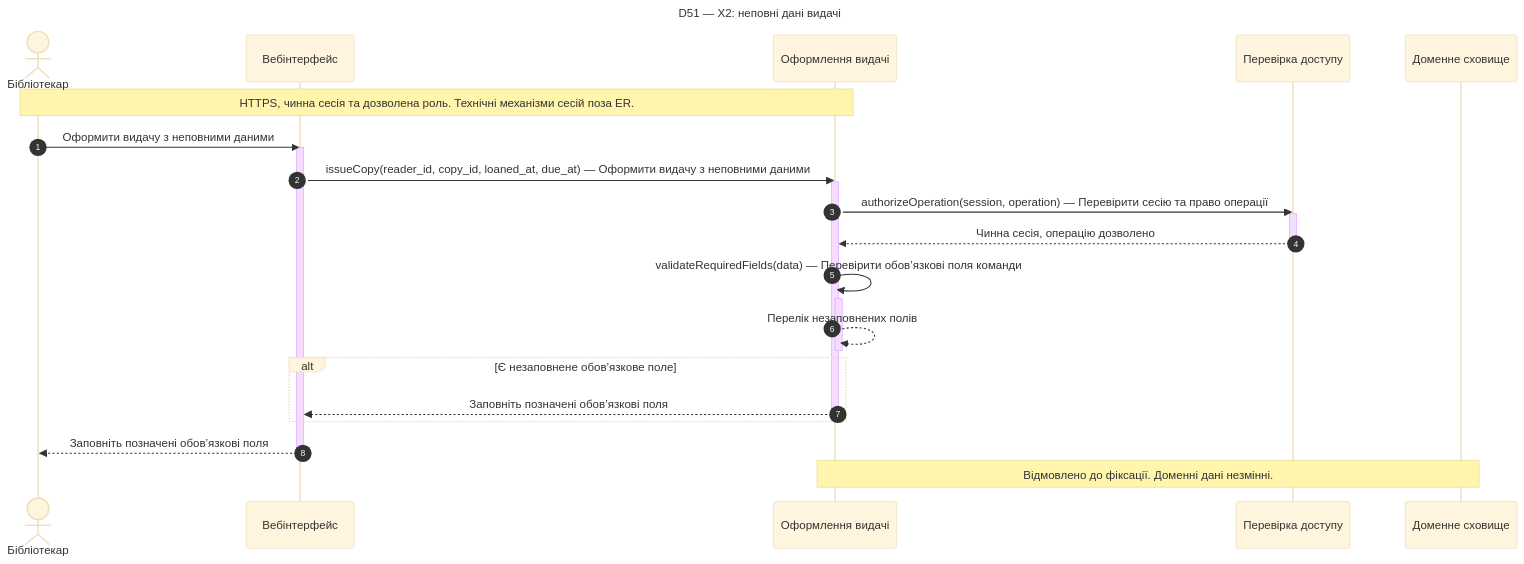
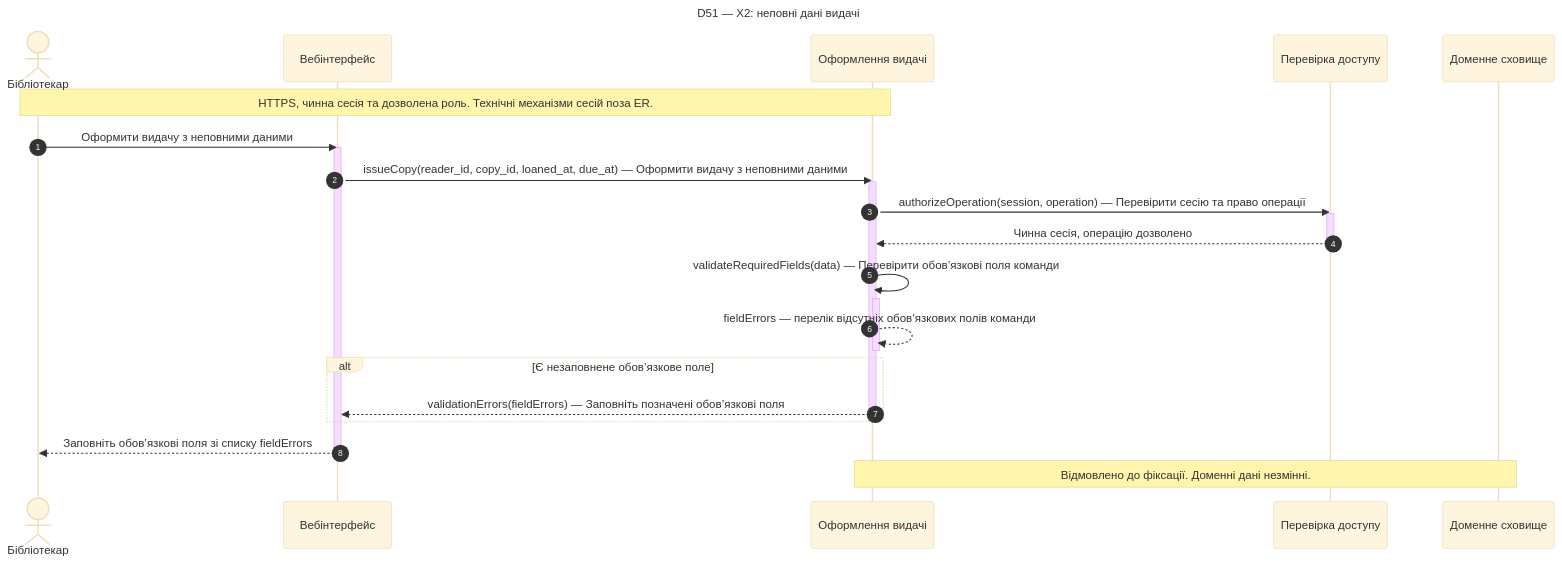
The diagram in lab3/diagrams/uc-10-x2-fields.mmd (the1nurz/mavpz), drawn with Mermaid (base theme) before and after one commit. The commit also changed 7 other files, not shown here.

```diff
--- a/lab3/diagrams/uc-10-x2-fields.mmd
+++ b/lab3/diagrams/uc-10-x2-fields.mmd
@@ -1,30 +1,30 @@
 sequenceDiagram
     autonumber
     %% D51 | UC-10 | —; X2
     %% REQ-11 | NFR-07, NFR-08, NFR-11
     title D51 — X2: неповні дані видачі
     actor A as Бібліотекар
     participant UI as Вебінтерфейс
     participant S as Оформлення видачі
     participant Access as Перевірка доступу
     participant Store as Доменне сховище
     Note over A,S: HTTPS, чинна сесія та дозволена роль. Технічні механізми сесій поза ER.
     A->>UI: Оформити видачу з неповними даними
     activate UI
     UI->>S: issueCopy(reader_id, copy_id, loaned_at, due_at) — Оформити видачу з неповними даними
     activate S
     S->>Access: authorizeOperation(session, operation) — Перевірити сесію та право операції
     activate Access
     Access-->>S: Чинна сесія, операцію дозволено
     deactivate Access
     S->>S: validateRequiredFields(data) — Перевірити обов’язкові поля команди
     activate S
-    S-->>S: Перелік незаповнених полів
+    S-->>S: fieldErrors — перелік відсутніх обов’язкових полів команди
     deactivate S
     alt Є незаповнене обов’язкове поле
-    S-->>UI: Заповніть позначені обов’язкові поля
+    S-->>UI: validationErrors(fieldErrors) — Заповніть позначені обов’язкові поля
     end
     deactivate S
-    UI-->>A: Заповніть позначені обов’язкові поля
+    UI-->>A: Заповніть обов’язкові поля зі списку fieldErrors
     deactivate UI
     Note over S,Store: Відмовлено до фіксації. Доменні дані незмінні.
```
